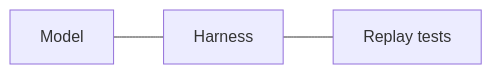
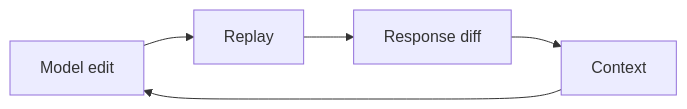
Before and after one commit to speedscale/mock-lab: the second of 3 diagrams in AI-CONTEXT.md, drawn with Mermaid. The commit also changed other lines of this file, not shown here.

Commit message:
docs: show replay feedback guiding the next model edit

````diff
--- a/AI-CONTEXT.md
+++ b/AI-CONTEXT.md
@@ -50,5 +50,7 @@
 ```mermaid
 flowchart LR
-    M["Model"] --- H["Harness"]
-    H --- R["Replay tests"]
+    E["Model edit"] --> R["Replay"]
+    R --> D["Response diff"]
+    D --> C["Context"]
+    C --> E
 ```
````
